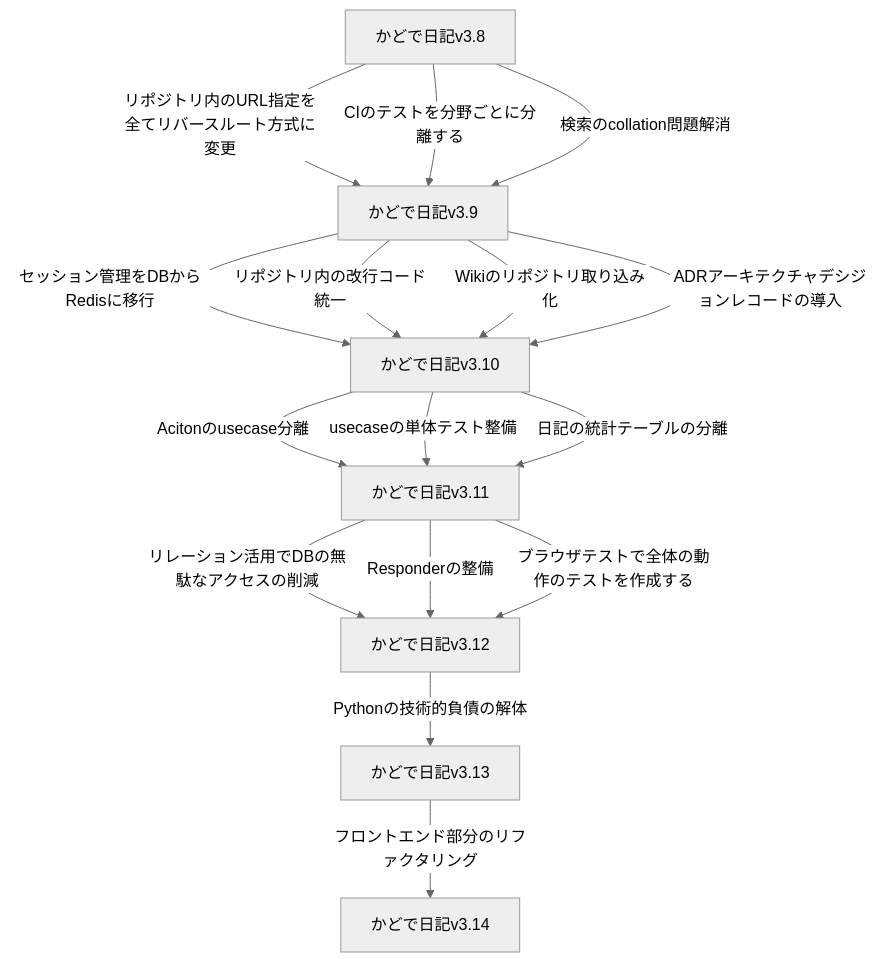
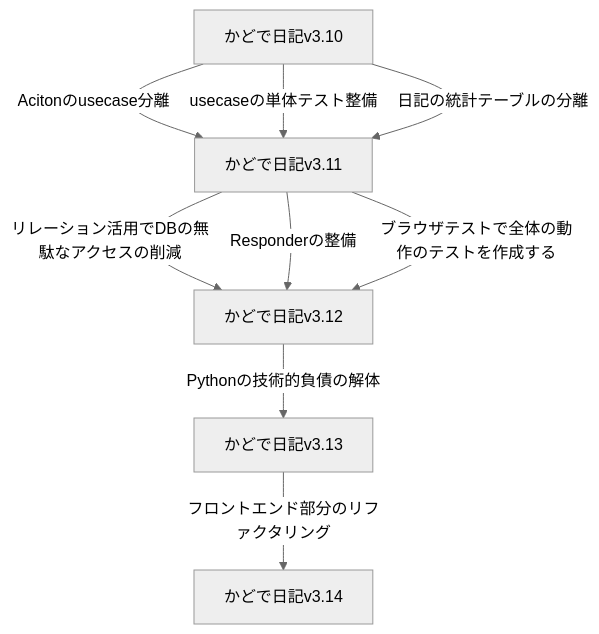
One commit to KadodeProject/kadode_nikki3 changed the diagram in README.md. Above: the diagram before and after it, drawn with Mermaid (neutral theme). The commit also changed other lines of this file and 1 other file, not shown here.

Commit message:
wip ロードマップ更新

````diff
--- a/README.md
+++ b/README.md
@@ -63,18 +63,11 @@
 ```mermaid
 flowchart TD
-    D[かどで日記v3.8]-->|リポジトリ内のURL指定を全てリバースルート方式に変更|E[かどで日記v3.9]
-    D-->|CIのテストを分野ごとに分離する|E
-    D-->|検索のcollation問題解消|E
-    E-->|セッション管理をDBからRedisに移行|E_F[かどで日記v3.10]
-    E-->|リポジトリ内の改行コード統一|E_F
-    E-->|Wikiのリポジトリ取り込み化|E_F
-    E-->|ADRアーキテクチャデシジョンレコードの導入|E_F
-    E_F-->|Acitonのusecase分離|E_FF[かどで日記v3.11]
+    E_F[かどで日記v3.10]-->|Acitonのusecase分離|E_FF[かどで日記v3.11]
     E_F-->|usecaseの単体テスト整備|E_FF
     E_F-->|日記の統計テーブルの分離|E_FF
     E_FF-->|リレーション活用でDBの無駄なアクセスの削減|F[かどで日記v3.12]
     E_FF-->|Responderの整備|F
     E_FF-->|ブラウザテストで全体の動作のテストを作成する|F
     F-->|Pythonの技術的負債の解体|G[かどで日記v3.13]
     G-->|フロントエンド部分のリファクタリング|H[かどで日記v3.14]
 ```
````
